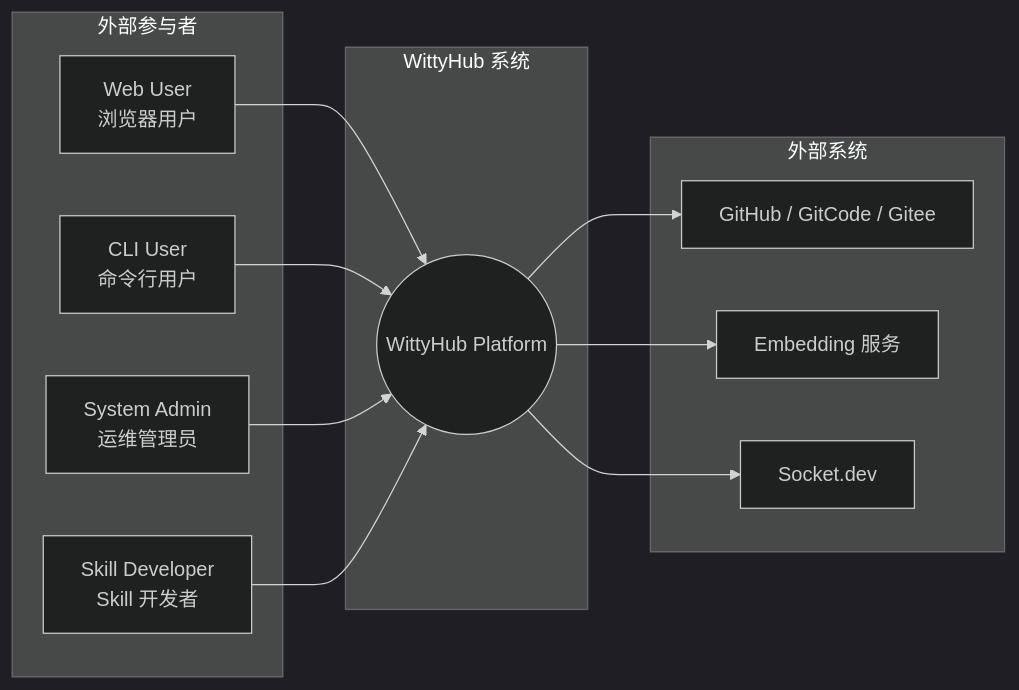
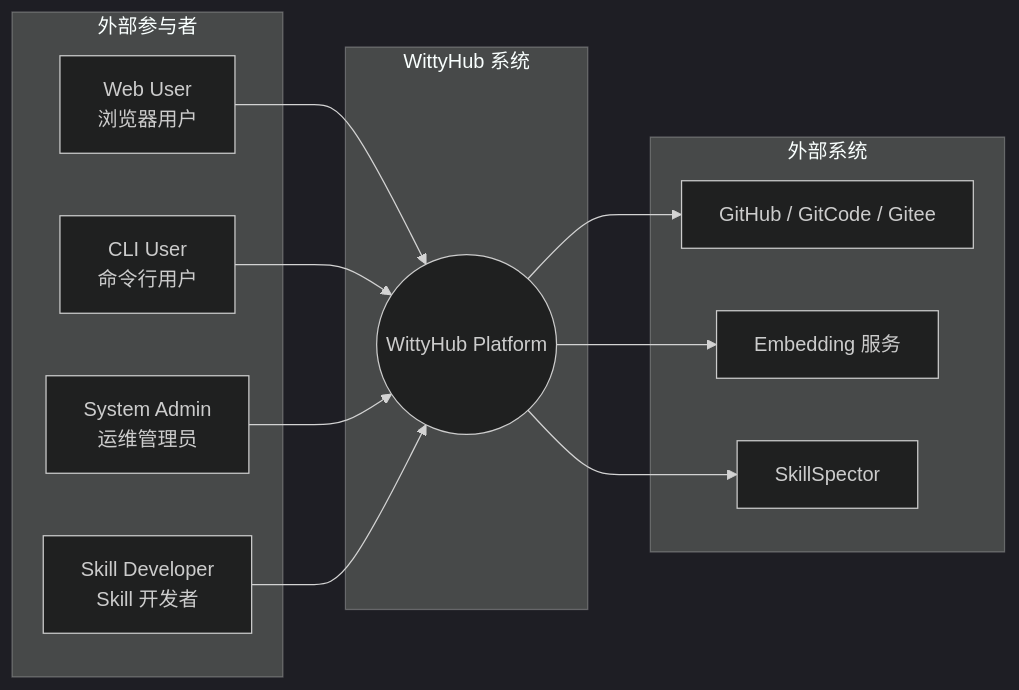
Before and after one commit to openeuler-mirror/wittyhub: the first of 9 diagrams in doc/design/wittyhub-implementation-plan.md, drawn with Mermaid (dark theme). The commit also changed other lines of this file and 1 other file, not shown here.

````diff
--- a/doc/design/wittyhub-implementation-plan.md
+++ b/doc/design/wittyhub-implementation-plan.md
@@ -44,27 +44,27 @@
 ```mermaid
 graph LR
     subgraph 外部参与者
         WU[Web User<br/>浏览器用户]
         CU[CLI User<br/>命令行用户]
         SA[System Admin<br/>运维管理员]
         SD[Skill Developer<br/>Skill 开发者]
     end
 
     subgraph WittyHub 系统
         SYS((WittyHub Platform))
     end
 
     subgraph 外部系统
         GH[GitHub / GitCode / Gitee]
         EMB[Embedding 服务]
-        SOC[Socket.dev]
+        SOC[SkillSpector]
     end
 
     WU --> SYS
     CU --> SYS
     SA --> SYS
     SD --> SYS
     SYS --> GH
     SYS --> EMB
     SYS --> SOC
 ```
````
